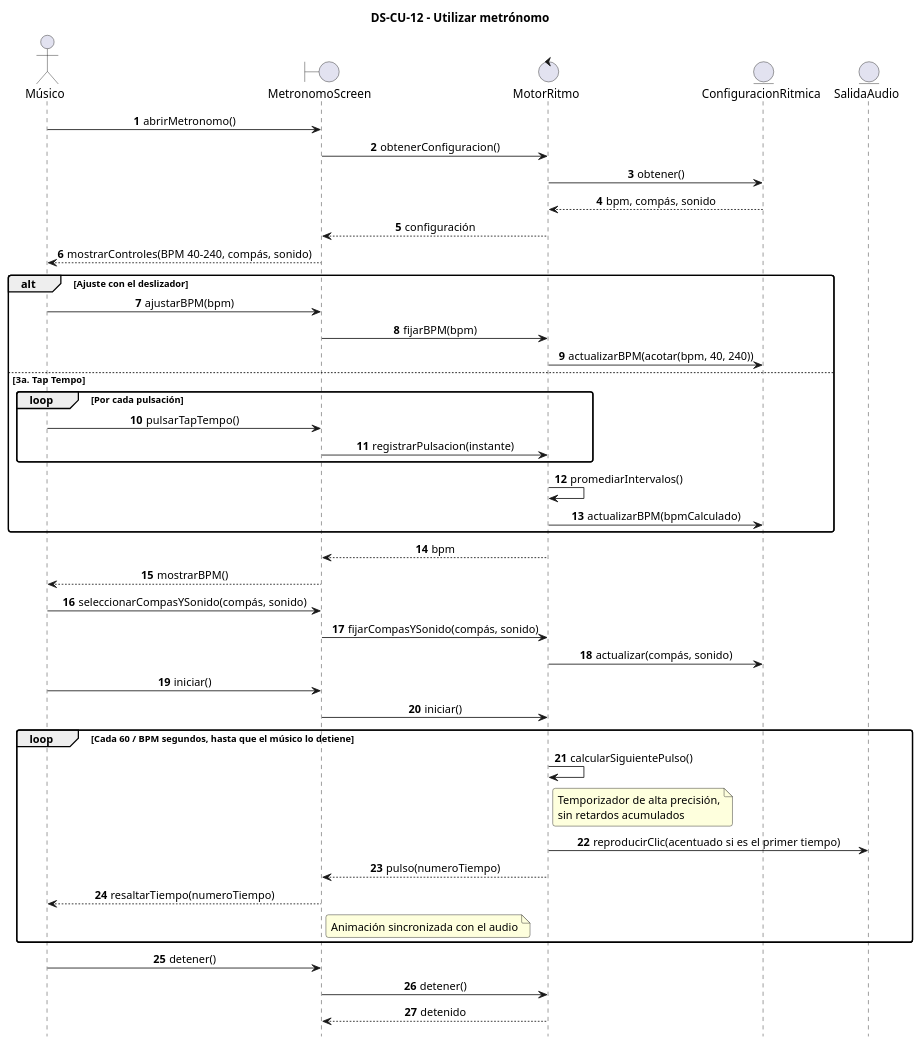
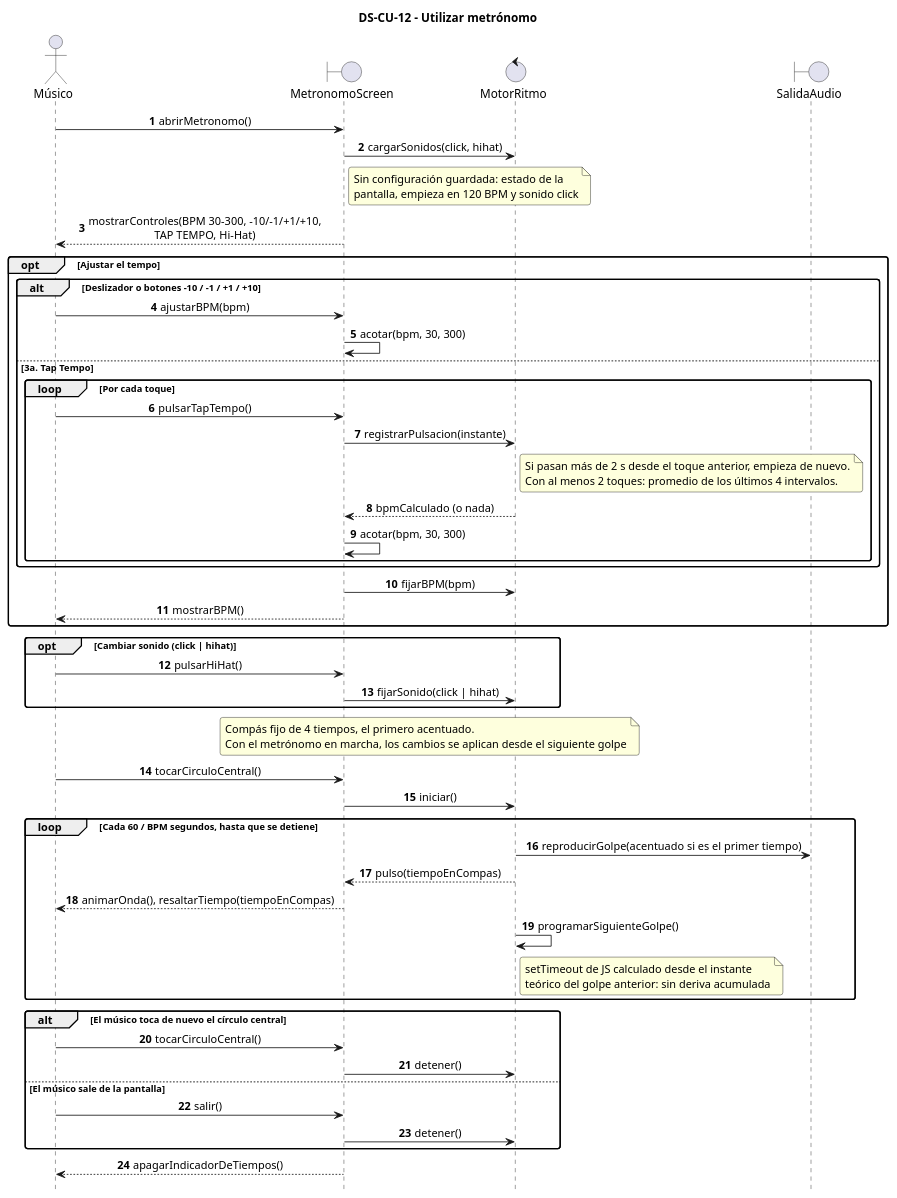
One commit to adrianmahialoredo/TFG changed the diagram in diagrams/use_cases/description/CU12_metronomo.puml. Above: the diagram before and after it, drawn with PlantUML. The commit also changed 221 other files, not shown here.

```diff
--- a/diagrams/use_cases/description/CU12_metronomo.puml
+++ b/diagrams/use_cases/description/CU12_metronomo.puml
@@ -1,57 +1,67 @@
 @startuml DS-CU-12
 title DS-CU-12 - Utilizar metrónomo
 
 ' Diagrama de secuencia de análisis (patrón Boundary-Control-Entity)
+' Fuentes: MetronomeScreen.tsx, useMetronome.ts (useMetronome, useTapTempo), MetronomeSlider.tsx,
+' MetronomePulse.tsx, MetronomeBeatIndicator.tsx
 autonumber
 hide footbox
 skinparam sequenceMessageAlign center
 skinparam roundcorner 6
 
 actor "Músico" as musico
 boundary "MetronomoScreen" as pantalla
-control "MotorRitmo" as gestor
-entity "ConfiguracionRitmica" as config
-entity "SalidaAudio" as audio
+control "MotorRitmo" as motor
+boundary "SalidaAudio" as audio
 
 musico -> pantalla : abrirMetronomo()
-pantalla -> gestor : obtenerConfiguracion()
-gestor -> config : obtener()
-config --> gestor : bpm, compás, sonido
-gestor --> pantalla : configuración
-pantalla --> musico : mostrarControles(BPM 40-240, compás, sonido)
+pantalla -> motor : cargarSonidos(click, hihat)
+note right of pantalla : Sin configuración guardada: estado de la\npantalla, empieza en 120 BPM y sonido click
+pantalla --> musico : mostrarControles(BPM 30-300, -10/-1/+1/+10,\nTAP TEMPO, Hi-Hat)
 
-alt Ajuste con el deslizador
-    musico -> pantalla : ajustarBPM(bpm)
-    pantalla -> gestor : fijarBPM(bpm)
-    gestor -> config : actualizarBPM(acotar(bpm, 40, 240))
-else 3a. Tap Tempo
-    loop Por cada pulsación
-        musico -> pantalla : pulsarTapTempo()
-        pantalla -> gestor : registrarPulsacion(instante)
+opt Ajustar el tempo
+    alt Deslizador o botones -10 / -1 / +1 / +10
+        musico -> pantalla : ajustarBPM(bpm)
+        pantalla -> pantalla : acotar(bpm, 30, 300)
+    else 3a. Tap Tempo
+        loop Por cada toque
+            musico -> pantalla : pulsarTapTempo()
+            pantalla -> motor : registrarPulsacion(instante)
+            note right of motor
+                Si pasan más de 2 s desde el toque anterior, empieza de nuevo.
+                Con al menos 2 toques: promedio de los últimos 4 intervalos.
+            end note
+            motor --> pantalla : bpmCalculado (o nada)
+            pantalla -> pantalla : acotar(bpm, 30, 300)
+        end
     end
-    gestor -> gestor : promediarIntervalos()
-    gestor -> config : actualizarBPM(bpmCalculado)
-end
-gestor --> pantalla : bpm
-pantalla --> musico : mostrarBPM()
-
-musico -> pantalla : seleccionarCompasYSonido(compás, sonido)
-pantalla -> gestor : fijarCompasYSonido(compás, sonido)
-gestor -> config : actualizar(compás, sonido)
-
-musico -> pantalla : iniciar()
-pantalla -> gestor : iniciar()
-loop Cada 60 / BPM segundos, hasta que el músico lo detiene
-    gestor -> gestor : calcularSiguientePulso()
-    note right of gestor : Temporizador de alta precisión,\nsin retardos acumulados
-    gestor -> audio : reproducirClic(acentuado si es el primer tiempo)
-    gestor --> pantalla : pulso(numeroTiempo)
-    pantalla --> musico : resaltarTiempo(numeroTiempo)
-    note right of pantalla : Animación sincronizada con el audio
+    pantalla -> motor : fijarBPM(bpm)
+    pantalla --> musico : mostrarBPM()
 end
 
-musico -> pantalla : detener()
-pantalla -> gestor : detener()
-gestor --> pantalla : detenido
+opt Cambiar sonido (click | hihat)
+    musico -> pantalla : pulsarHiHat()
+    pantalla -> motor : fijarSonido(click | hihat)
+end
+note over pantalla, motor : Compás fijo de 4 tiempos, el primero acentuado.\nCon el metrónomo en marcha, los cambios se aplican desde el siguiente golpe
+
+musico -> pantalla : tocarCirculoCentral()
+pantalla -> motor : iniciar()
+loop Cada 60 / BPM segundos, hasta que se detiene
+    motor -> audio : reproducirGolpe(acentuado si es el primer tiempo)
+    motor --> pantalla : pulso(tiempoEnCompas)
+    pantalla --> musico : animarOnda(), resaltarTiempo(tiempoEnCompas)
+    motor -> motor : programarSiguienteGolpe()
+    note right of motor : setTimeout de JS calculado desde el instante\nteórico del golpe anterior: sin deriva acumulada
+end
+
+alt El músico toca de nuevo el círculo central
+    musico -> pantalla : tocarCirculoCentral()
+    pantalla -> motor : detener()
+else El músico sale de la pantalla
+    musico -> pantalla : salir()
+    pantalla -> motor : detener()
+end
+pantalla --> musico : apagarIndicadorDeTiempos()
 
 @enduml
```
